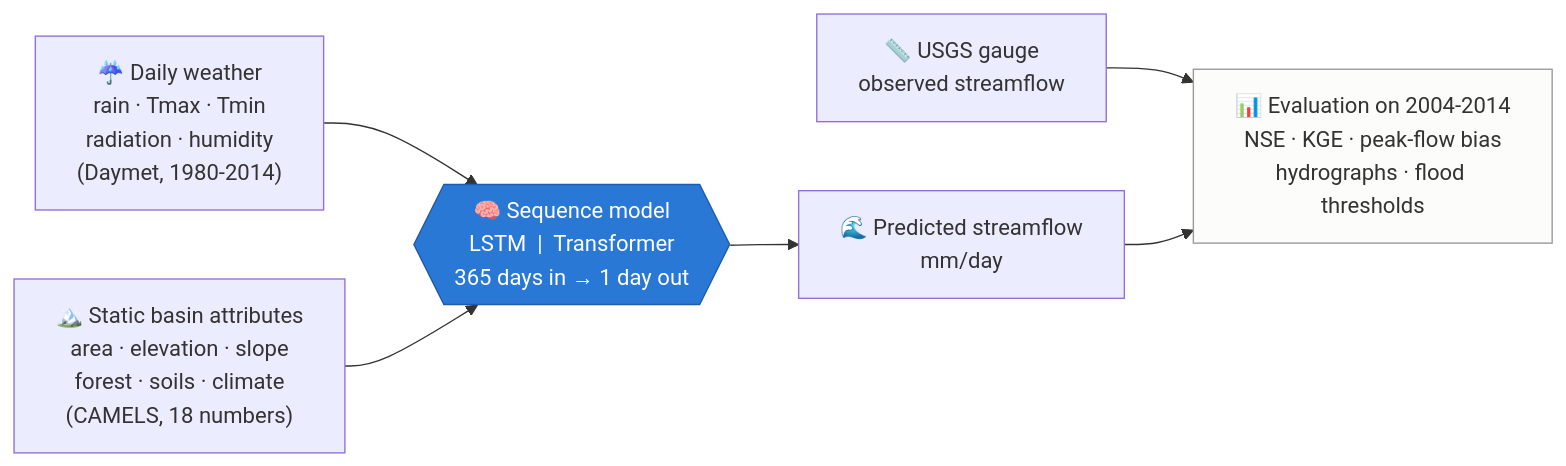
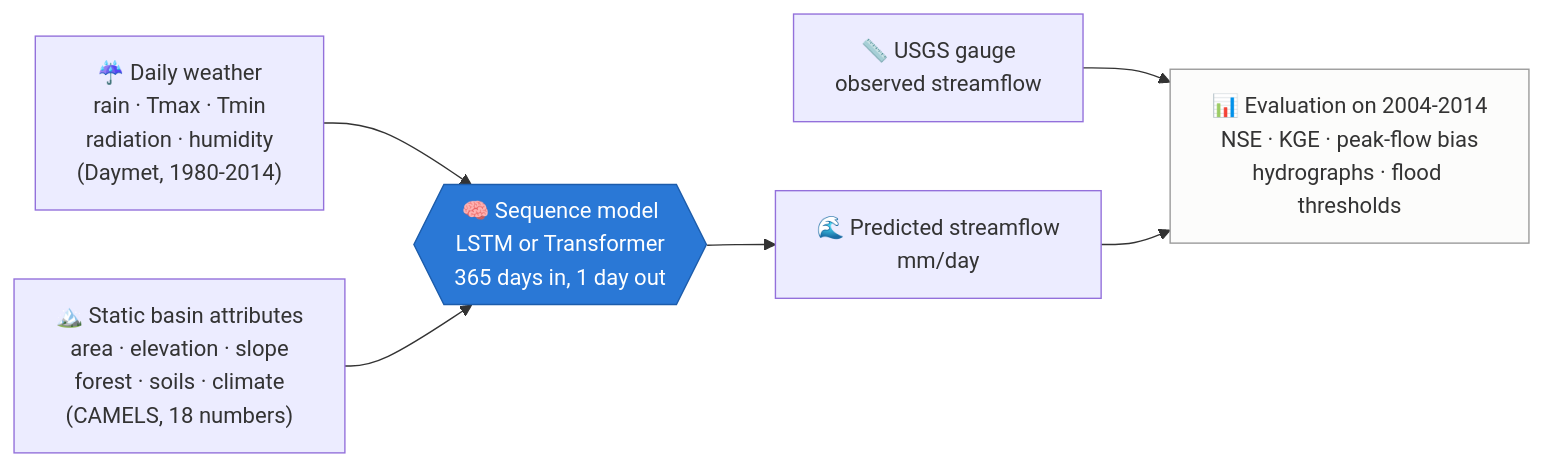
Before and after one commit to muhammadibrahim313/neural-hydrology-explorer: the first of 4 diagrams in README.md, drawn with Mermaid. The commit also changed other lines of this file and 5 other files, not shown here.

````diff
--- a/README.md
+++ b/README.md
@@ -35,10 +57,10 @@
 ```mermaid
 flowchart LR
     A["☔ Daily weather<br/>rain · Tmax · Tmin<br/>radiation · humidity<br/>(Daymet, 1980-2014)"] --> M
     B["🏔️ Static basin attributes<br/>area · elevation · slope<br/>forest · soils · climate<br/>(CAMELS, 18 numbers)"] --> M
-    M{{"🧠 Sequence model<br/>LSTM &nbsp;|&nbsp; Transformer<br/>365 days in → 1 day out"}} --> Q["🌊 Predicted streamflow<br/>mm/day"]
+    M{{"🧠 Sequence model<br/>LSTM or Transformer<br/>365 days in, 1 day out"}} --> Q["🌊 Predicted streamflow<br/>mm/day"]
     G["📏 USGS gauge<br/>observed streamflow"] --> E
     Q --> E["📊 Evaluation on 2004-2014<br/>NSE · KGE · peak-flow bias<br/>hydrographs · flood thresholds"]
     style M fill:#2a78d6,color:#fff,stroke:#1c5cab
     style E fill:#fcfcfb,stroke:#9a9a9a
 ```
````
